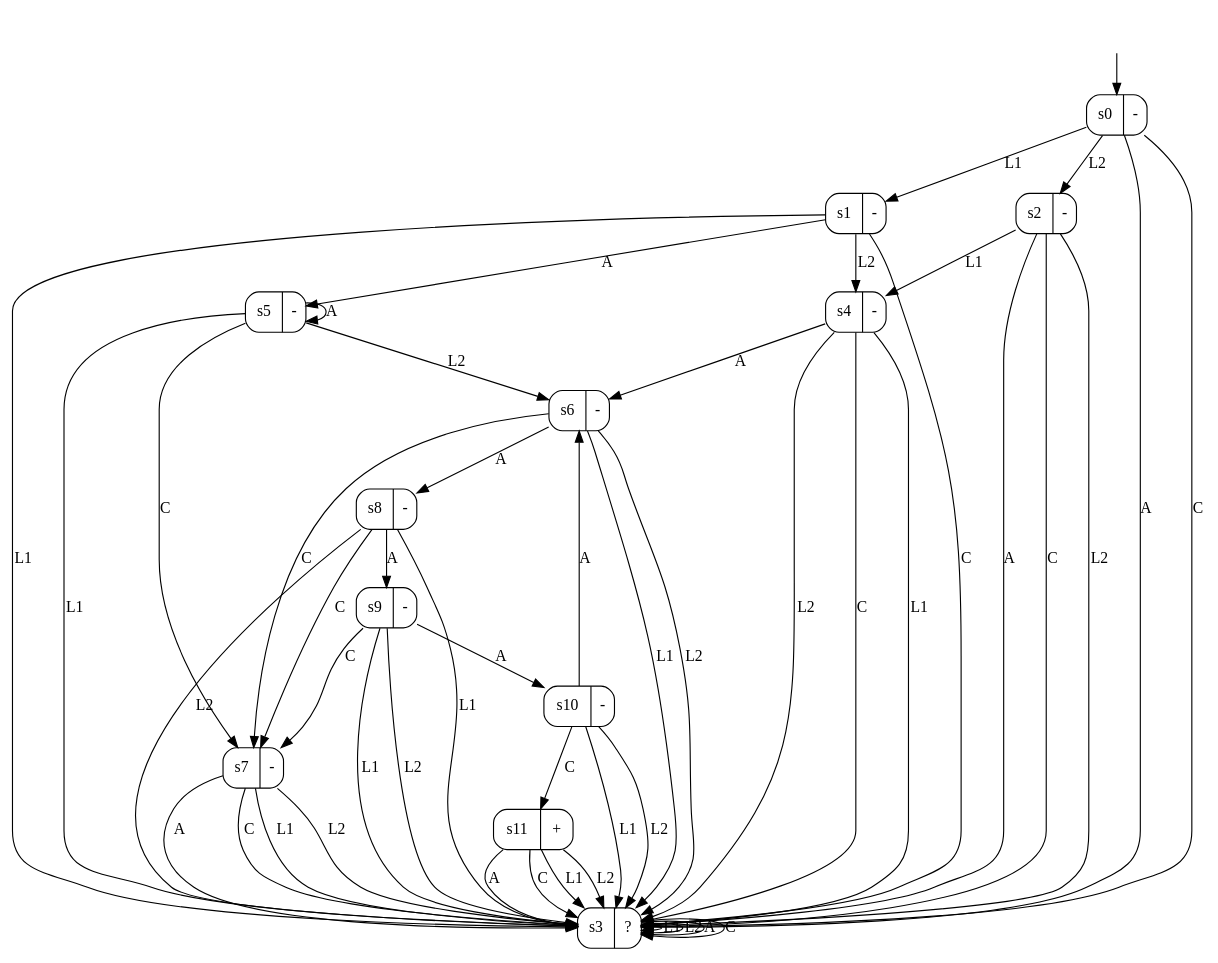
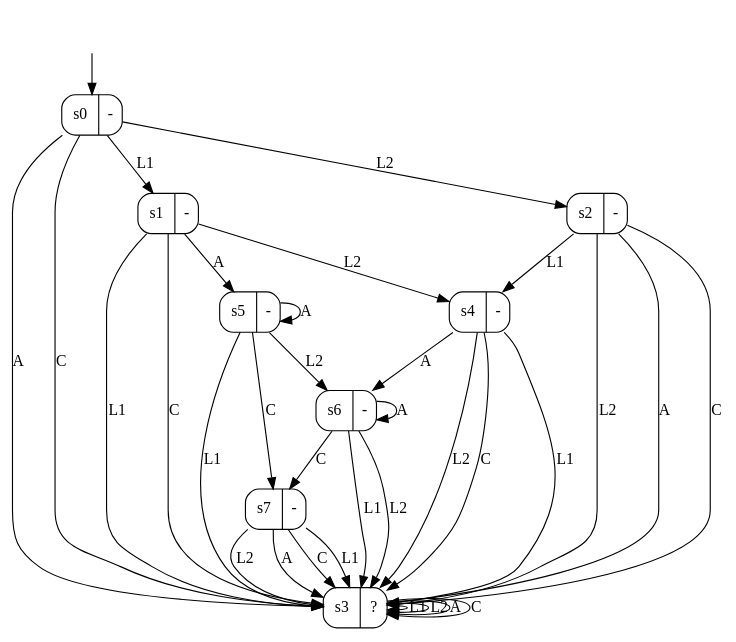
The diagram in output/magento_dfa3_0.2.dot (tomyaacov/lstar_dont_care), drawn with Graphviz before and after one commit. The commit also changed 64 other files, not shown here.

```diff
--- a/output/magento_dfa3_0.2.dot
+++ b/output/magento_dfa3_0.2.dot
@@ -1,64 +1,44 @@
 digraph "output/magento_dfa3_0.2" {
 s0 [label="s0|-", shape=record, style=rounded];
 s1 [label="s1|-", shape=record, style=rounded];
 s2 [label="s2|-", shape=record, style=rounded];
 s3 [label="s3|?", shape=record, style=rounded];
 s4 [label="s4|-", shape=record, style=rounded];
 s5 [label="s5|-", shape=record, style=rounded];
 s6 [label="s6|-", shape=record, style=rounded];
 s7 [label="s7|-", shape=record, style=rounded];
-s8 [label="s8|-", shape=record, style=rounded];
-s9 [label="s9|-", shape=record, style=rounded];
-s10 [label="s10|-", shape=record, style=rounded];
-s11 [label="s11|+", shape=record, style=rounded];
 s0 -> s1  [label=L1];
 s0 -> s2  [label=L2];
 s0 -> s3  [label=A];
 s0 -> s3  [label=C];
 s1 -> s3  [label=L1];
 s1 -> s4  [label=L2];
 s1 -> s5  [label=A];
 s1 -> s3  [label=C];
 s2 -> s4  [label=L1];
 s2 -> s3  [label=L2];
 s2 -> s3  [label=A];
 s2 -> s3  [label=C];
 s3 -> s3  [label=L1];
 s3 -> s3  [label=L2];
 s3 -> s3  [label=A];
 s3 -> s3  [label=C];
 s4 -> s3  [label=L1];
 s4 -> s3  [label=L2];
 s4 -> s6  [label=A];
 s4 -> s3  [label=C];
 s5 -> s3  [label=L1];
 s5 -> s6  [label=L2];
 s5 -> s5  [label=A];
 s5 -> s7  [label=C];
 s6 -> s3  [label=L1];
 s6 -> s3  [label=L2];
-s6 -> s8  [label=A];
+s6 -> s6  [label=A];
 s6 -> s7  [label=C];
 s7 -> s3  [label=L1];
 s7 -> s3  [label=L2];
 s7 -> s3  [label=A];
 s7 -> s3  [label=C];
-s8 -> s3  [label=L1];
-s8 -> s3  [label=L2];
-s8 -> s9  [label=A];
-s8 -> s7  [label=C];
-s9 -> s3  [label=L1];
-s9 -> s3  [label=L2];
-s9 -> s10  [label=A];
-s9 -> s7  [label=C];
-s10 -> s3  [label=L1];
-s10 -> s3  [label=L2];
-s10 -> s6  [label=A];
-s10 -> s11  [label=C];
-s11 -> s3  [label=L1];
-s11 -> s3  [label=L2];
-s11 -> s3  [label=A];
-s11 -> s3  [label=C];
 __start0 [label="", shape=none];
 __start0 -> s0  [label=""];
 }
```
